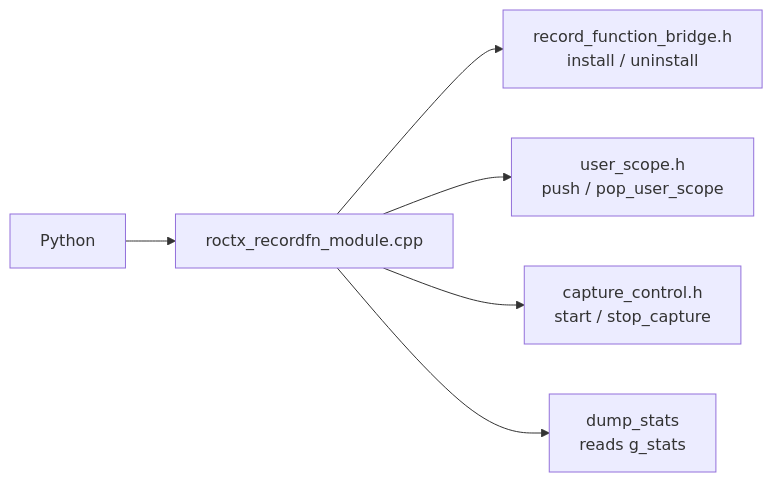
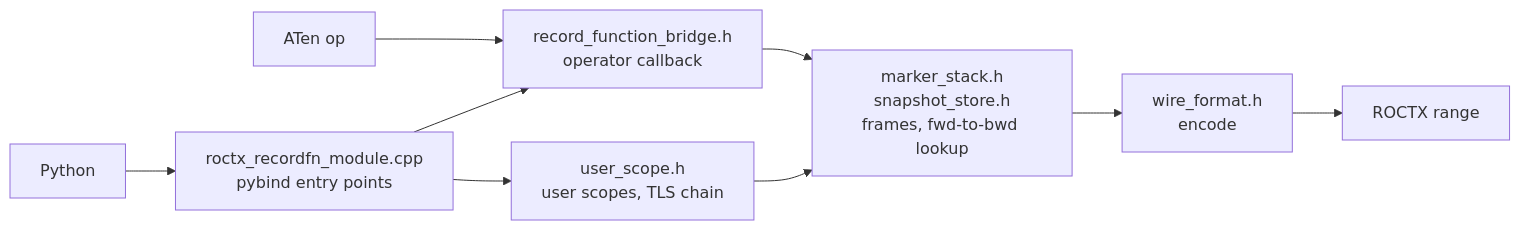
Before and after one commit to ROCm/rocm-systems: the fifth of 8 diagrams in projects/rocprofiler-compute/docs/design/lld-torch-native-tier.md, drawn with Mermaid. The commit also changed other lines of this file, not shown here.

````diff
--- a/projects/rocprofiler-compute/docs/design/lld-torch-native-tier.md
+++ b/projects/rocprofiler-compute/docs/design/lld-torch-native-tier.md
@@ -158,8 +157,10 @@
 ```mermaid
 flowchart LR
-    py[Python] --> mod[roctx_recordfn_module.cpp]
-    mod --> brg[record_function_bridge.h<br/>install / uninstall]
-    mod --> us[user_scope.h<br/>push / pop_user_scope]
-    mod --> cap[capture_control.h<br/>start / stop_capture]
-    mod --> stt[dump_stats<br/>reads g_stats]
+    op[ATen op] --> brg[record_function_bridge.h<br/>operator callback]
+    py[Python] --> mod[roctx_recordfn_module.cpp<br/>pybind entry points]
+    mod --> brg
+    mod --> us[user_scope.h<br/>user scopes, TLS chain]
+    brg --> st[marker_stack.h<br/>snapshot_store.h<br/>frames, fwd-to-bwd lookup]
+    us --> st
+    st --> wf[wire_format.h<br/>encode] --> rx[ROCTX range]
 ```
````
